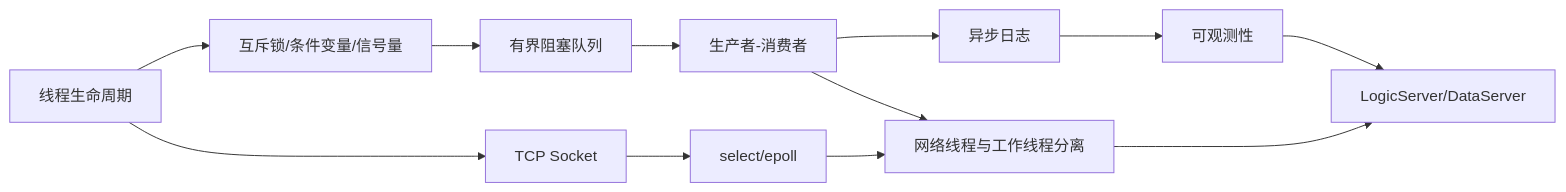
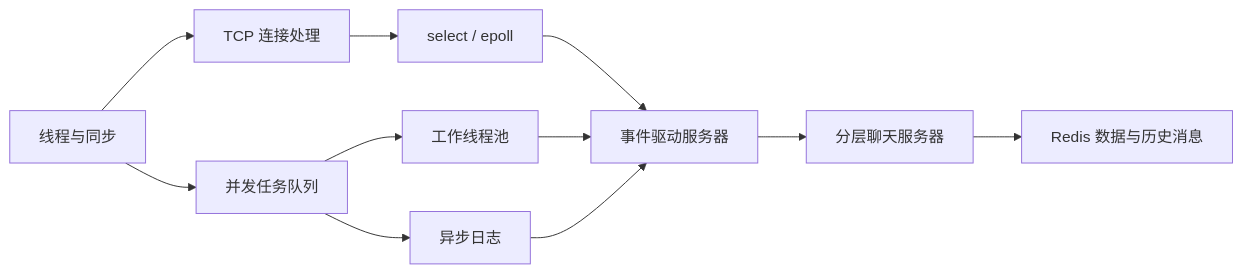
One commit to feiyun0310/linux-backend-learning-notes changed the diagram in README.md. Above: the diagram before and after it, drawn with Mermaid. The commit also changed other lines of this file, not shown here.

````diff
--- a/README.md
+++ b/README.md
@@ -24,14 +31,13 @@
-~~~mermaid
+```mermaid
 flowchart LR
-    A[线程生命周期] --> B[互斥锁/条件变量/信号量]
-    B --> C[有界阻塞队列]
-    C --> D[生产者-消费者]
-    D --> E[异步日志]
-    A --> F[TCP Socket]
-    F --> G[select/epoll]
-    D --> H[网络线程与工作线程分离]
-    G --> H
-    E --> I[可观测性]
-    H --> J[LogicServer/DataServer]
-    I --> J
-~~~
+    A[线程与同步] --> B[并发任务队列]
+    B --> C[异步日志]
+    A --> D[TCP 连接处理]
+    D --> E[select / epoll]
+    B --> F[工作线程池]
+    E --> G[事件驱动服务器]
+    F --> G
+    C --> G
+    G --> H[分层聊天服务器]
+    H --> I[Redis 数据与历史消息]
+```
````
